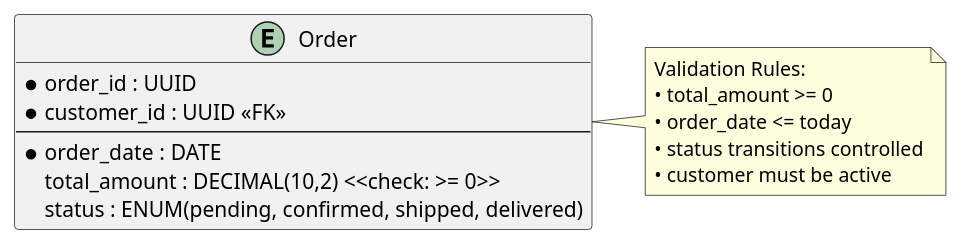
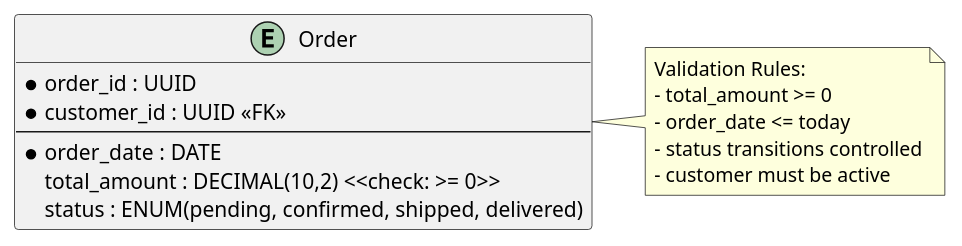
Before and after one commit to Seniorsimo/sas-template: diagram 25 of 26 in 05-database-design/er-diagram/README.md, drawn with PlantUML. The commit also changed other lines of this file and 41 other files, not shown here.

````diff
--- a/05-database-design/er-diagram/README.md
+++ b/05-database-design/er-diagram/README.md
@@ -1055,12 +1056,12 @@
 ```plantuml
 entity Order {
   * order_id : UUID
   * customer_id : UUID <<FK>>
   --
   * order_date : DATE
   total_amount : DECIMAL(10,2) <<check: >= 0>>
   status : ENUM(pending, confirmed, shipped, delivered)
 }
 
-note right of Order : Validation Rules:\n• total_amount >= 0\n• order_date <= today\n• status transitions controlled\n• customer must be active
+note right of Order : Validation Rules:\n- total_amount >= 0\n- order_date <= today\n- status transitions controlled\n- customer must be active
 ```
````
